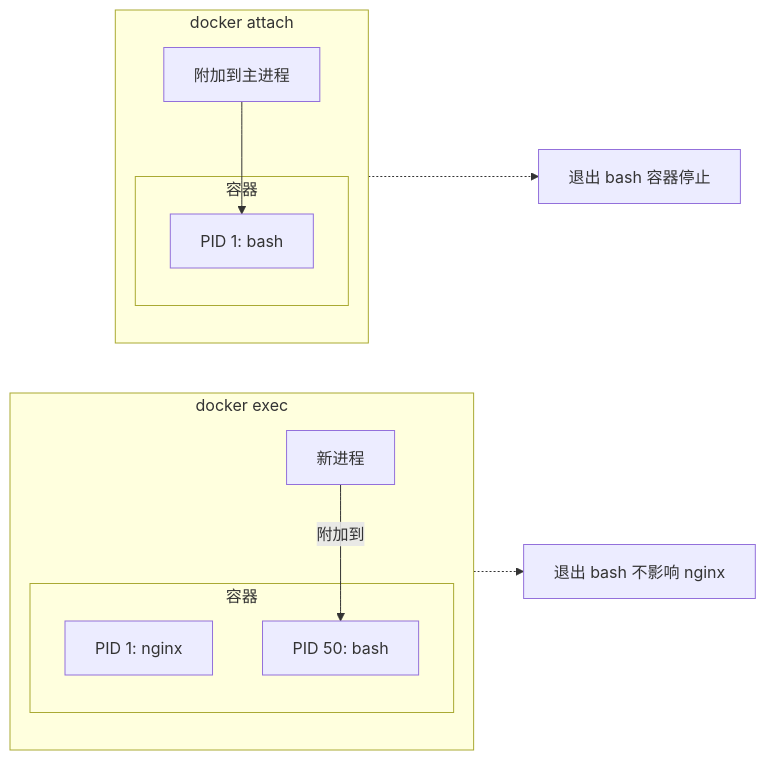
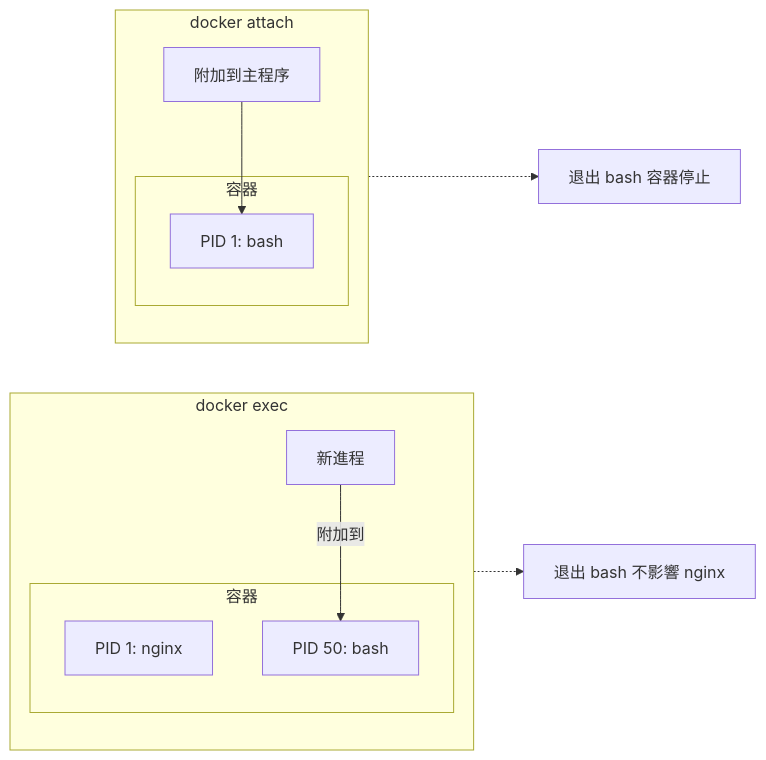
The second of 2 diagrams in 05_container/5.4_attach_exec.md (doggy8088/docker_practice), drawn with Mermaid before and after one commit. The commit also changed other lines of this file and 211 other files, not shown here.

````diff
--- a/05_container/5.4_attach_exec.md
+++ b/05_container/5.4_attach_exec.md
@@ -190,24 +190,24 @@
 ```mermaid
 flowchart LR
     subgraph Exec ["docker exec"]
         direction TB
         subgraph Container1 ["容器"]
             E_PID1["PID 1: nginx"]
             E_PID50["PID 50: bash"]
         end
-        NewProc["新进程"] -- 附加到 --> E_PID50
+        NewProc["新進程"] -- 附加到 --> E_PID50
     end
 
     subgraph Attach ["docker attach"]
         direction TB
         subgraph Container2 ["容器"]
             A_PID1["PID 1: bash"]
         end
-        MainProc["附加到主进程"] --> A_PID1
+        MainProc["附加到主程序"] --> A_PID1
     end
 
-    note1["退出 bash 不影响 nginx"]
+    note1["退出 bash 不影響 nginx"]
     note2["退出 bash 容器停止"]
     Container1 -.-> note1
     Container2 -.-> note2
 ```
````
